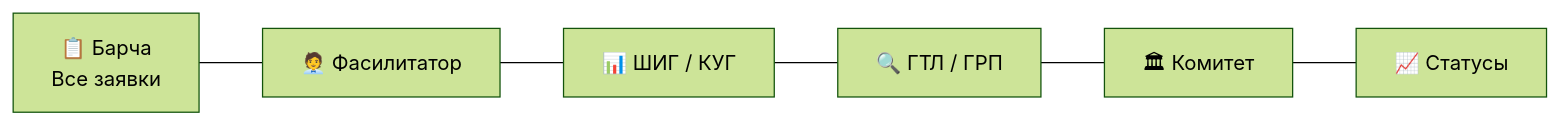
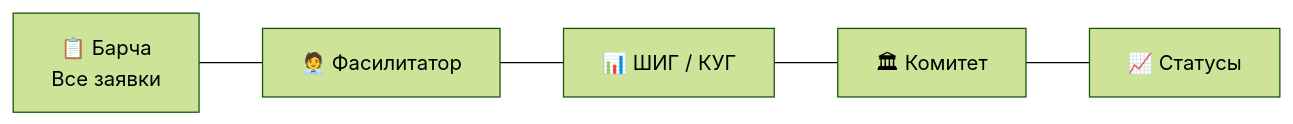
One commit to firka-kh/eip-test changed the second of 6 diagrams in docs/UI-GUIDE.md. Above: the diagram before and after it, drawn with Mermaid (forest theme). The commit also changed other lines of this file and 51 other files, not shown here.

````diff
--- a/docs/UI-GUIDE.md
+++ b/docs/UI-GUIDE.md
@@ -67,11 +67,10 @@
 ```mermaid
 graph LR
     ALL["📋 Барча<br/>Все заявки"]
     FAC["🧑‍💼 Фасилитатор"]
     GMC["📊 ШИГ / КУГ"]
-    PIU["🔍 ГТЛ / ГРП"]
     COM["🏛 Комитет"]
     STS["📈 Статусы"]
     
-    ALL --- FAC --- GMC --- PIU --- COM --- STS
+    ALL --- FAC --- GMC --- COM --- STS
 ```
````
